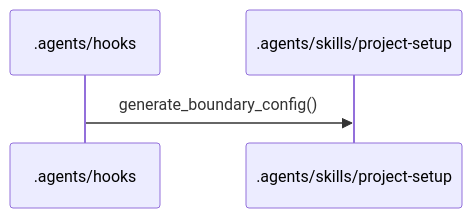
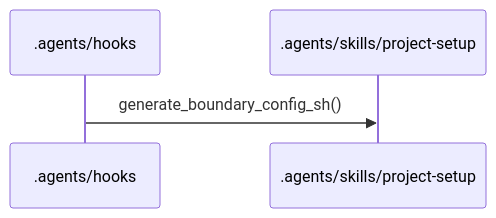
The first of 15 diagrams in .workflow/cache/flows.md (TajVirani/llm-scaffold-claude), drawn with Mermaid before and after one commit. The commit also changed other lines of this file and 5 other files, not shown here.

````diff
--- a/.workflow/cache/flows.md
+++ b/.workflow/cache/flows.md
@@ -58,6 +31,6 @@
 ```mermaid
 sequenceDiagram
   participant _agents_hooks as .agents/hooks
   participant _agents_skills_project_setup as .agents/skills/project-setup
-  _agents_hooks->>_agents_skills_project_setup: generate_boundary_config()
+  _agents_hooks->>_agents_skills_project_setup: generate_boundary_config_sh()
 ```
````
